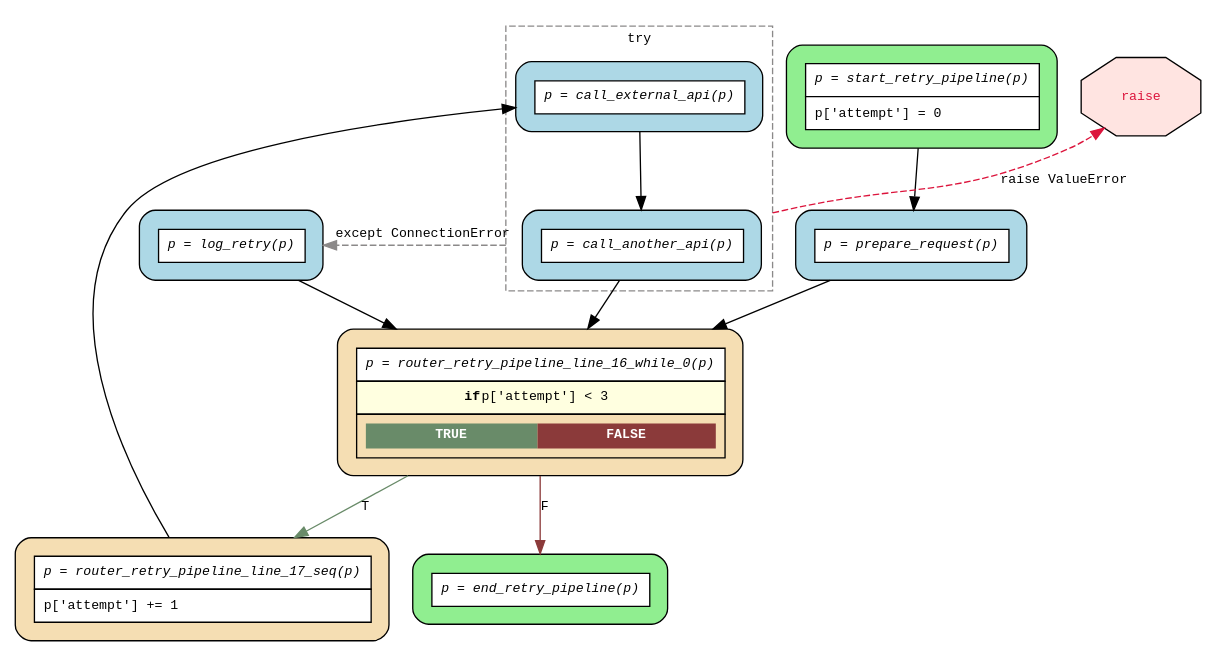
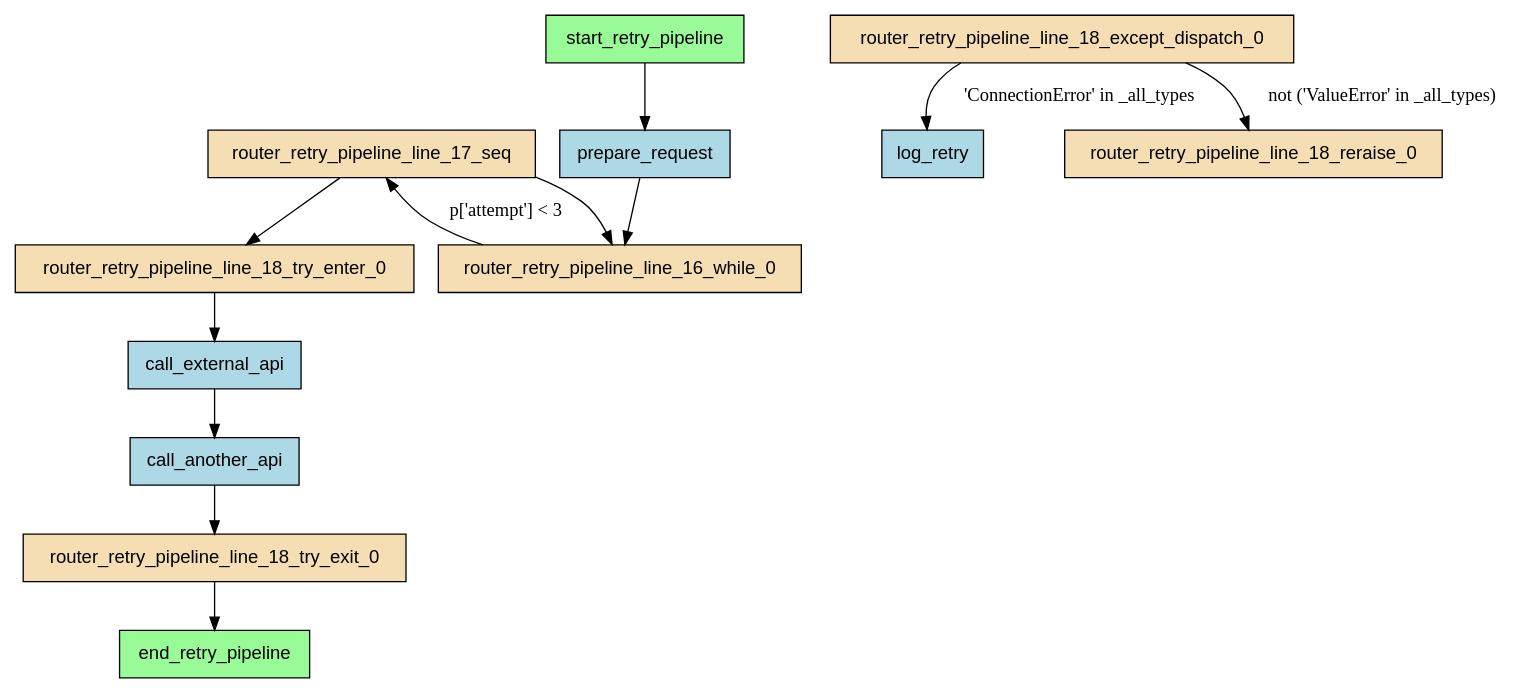
The diagram in examples/flows/compiled/try_except_retry_loop/flow.dot (deliveryhero/asya), drawn with Graphviz before and after one commit. The commit also changed 108 other files, not shown here.

```diff
--- a/examples/flows/compiled/try_except_retry_loop/flow.dot
+++ b/examples/flows/compiled/try_except_retry_loop/flow.dot
@@ -1,35 +1,29 @@
-digraph flow {
-  rankdir=TB;
-  compound=true;
-  graph [fontname="Courier", fontsize=10];
-  node [fontname="Courier", fontsize=10, shape=box, style="filled,rounded", margin="0.2"];
-  edge [fontname="Courier", fontsize=10];
+digraph "try_except_retry_loop" {
+    rankdir=TB;
+    node [shape=box, style=filled, fontname="Helvetica"];
 
-  start_retry_pipeline [fillcolor="lightgreen", group="main", label=<<table border="0" cellspacing="0" cellpadding="6" cellborder="1"><tr><td bgcolor="white" align="center"><i>p = start_retry_pipeline(p)</i></td></tr><tr><td bgcolor="white" align="left">p['attempt'] = 0</td></tr></table>>];
-  router_retry_pipeline_line_17_seq [fillcolor="wheat", group="main", label=<<table border="0" cellspacing="0" cellpadding="6" cellborder="1"><tr><td bgcolor="white" align="center"><i>p = router_retry_pipeline_line_17_seq(p)</i></td></tr><tr><td bgcolor="white" align="left">p['attempt'] += 1</td></tr></table>>];
-  router_retry_pipeline_line_16_while_0 [fillcolor="wheat", group="main", label=<<table border="0" cellspacing="0" cellpadding="6" cellborder="1"><tr><td bgcolor="white" align="center"><i>p = router_retry_pipeline_line_16_while_0(p)</i></td></tr><tr><td bgcolor="lightyellow"><b>if</b> p['attempt'] &lt; 3</td></tr><tr><td><table border="0" cellspacing="0" cellpadding="4"><tr><td bgcolor="darkseagreen4"><font color="white"><b>TRUE</b></font></td><td bgcolor="indianred4"><font color="white"><b>FALSE</b></font></td></tr></table></td></tr></table>>];
-  end_retry_pipeline [fillcolor="lightgreen", group="main", label=<<table border="0" cellspacing="0" cellpadding="6" cellborder="1"><tr><td bgcolor="white" align="center"><i>p = end_retry_pipeline(p)</i></td></tr></table>>];
-  log_retry [fillcolor="lightblue", label=<<table border="0" cellspacing="0" cellpadding="6" cellborder="1"><tr><td bgcolor="white" align="center"><i>p = log_retry(p)</i></td></tr></table>>];
-  prepare_request [fillcolor="lightblue", label=<<table border="0" cellspacing="0" cellpadding="6" cellborder="1"><tr><td bgcolor="white" align="center"><i>p = prepare_request(p)</i></td></tr></table>>];
-  raise_exit_0 [shape=octagon, fillcolor="mistyrose", fontcolor="crimson", style=filled, label="raise"];
-  subgraph cluster_try_0 {
-    style=dashed;
-    color="snow4";
-    fontname="Courier";
-    fontsize=10;
-    label="try";
-    call_another_api [fillcolor="lightblue", label=<<table border="0" cellspacing="0" cellpadding="6" cellborder="1"><tr><td bgcolor="white" align="center"><i>p = call_another_api(p)</i></td></tr></table>>];
-    call_external_api [fillcolor="lightblue", label=<<table border="0" cellspacing="0" cellpadding="6" cellborder="1"><tr><td bgcolor="white" align="center"><i>p = call_external_api(p)</i></td></tr></table>>];
-  }
+    call_another_api [label="call_another_api", fillcolor=lightblue];
+    call_external_api [label="call_external_api", fillcolor=lightblue];
+    end_retry_pipeline [label="end_retry_pipeline", fillcolor=palegreen];
+    log_retry [label="log_retry", fillcolor=lightblue];
+    prepare_request [label="prepare_request", fillcolor=lightblue];
+    router_retry_pipeline_line_16_while_0 [label="router_retry_pipeline_line_16_while_0", fillcolor=wheat];
+    router_retry_pipeline_line_17_seq [label="router_retry_pipeline_line_17_seq", fillcolor=wheat];
+    router_retry_pipeline_line_18_except_dispatch_0 [label="router_retry_pipeline_line_18_except_dispatch_0", fillcolor=wheat];
+    router_retry_pipeline_line_18_reraise_0 [label="router_retry_pipeline_line_18_reraise_0", fillcolor=wheat];
+    router_retry_pipeline_line_18_try_enter_0 [label="router_retry_pipeline_line_18_try_enter_0", fillcolor=wheat];
+    router_retry_pipeline_line_18_try_exit_0 [label="router_retry_pipeline_line_18_try_exit_0", fillcolor=wheat];
+    start_retry_pipeline [label="start_retry_pipeline", fillcolor=palegreen];
 
-  call_another_api -> log_retry [ltail=cluster_try_0, color=snow4, style=dashed, label="except ConnectionError", constraint=false];
-  call_another_api -> raise_exit_0 [ltail=cluster_try_0, color=crimson, style=dashed, label="raise ValueError", constraint=false];
-  call_another_api -> router_retry_pipeline_line_16_while_0;
-  call_external_api -> call_another_api;
-  log_retry -> router_retry_pipeline_line_16_while_0;
-  prepare_request -> router_retry_pipeline_line_16_while_0;
-  router_retry_pipeline_line_16_while_0 -> end_retry_pipeline [label="F", color=indianred4];
-  router_retry_pipeline_line_16_while_0 -> router_retry_pipeline_line_17_seq [label="T", color=darkseagreen4];
-  router_retry_pipeline_line_17_seq -> call_external_api;
-  start_retry_pipeline -> prepare_request;
+    start_retry_pipeline -> prepare_request;
+    prepare_request -> router_retry_pipeline_line_16_while_0;
+    router_retry_pipeline_line_18_try_enter_0 -> call_external_api;
+    call_external_api -> call_another_api;
+    call_another_api -> router_retry_pipeline_line_18_try_exit_0;
+    router_retry_pipeline_line_18_except_dispatch_0 -> log_retry [label="'ConnectionError' in _all_types"];
+    router_retry_pipeline_line_18_except_dispatch_0 -> router_retry_pipeline_line_18_reraise_0 [label="not ('ValueError' in _all_types)"];
+    router_retry_pipeline_line_17_seq -> router_retry_pipeline_line_18_try_enter_0;
+    router_retry_pipeline_line_16_while_0 -> router_retry_pipeline_line_17_seq [label="p['attempt'] < 3"];
+    router_retry_pipeline_line_17_seq -> router_retry_pipeline_line_16_while_0;
+    router_retry_pipeline_line_18_try_exit_0 -> end_retry_pipeline;
 }
```
